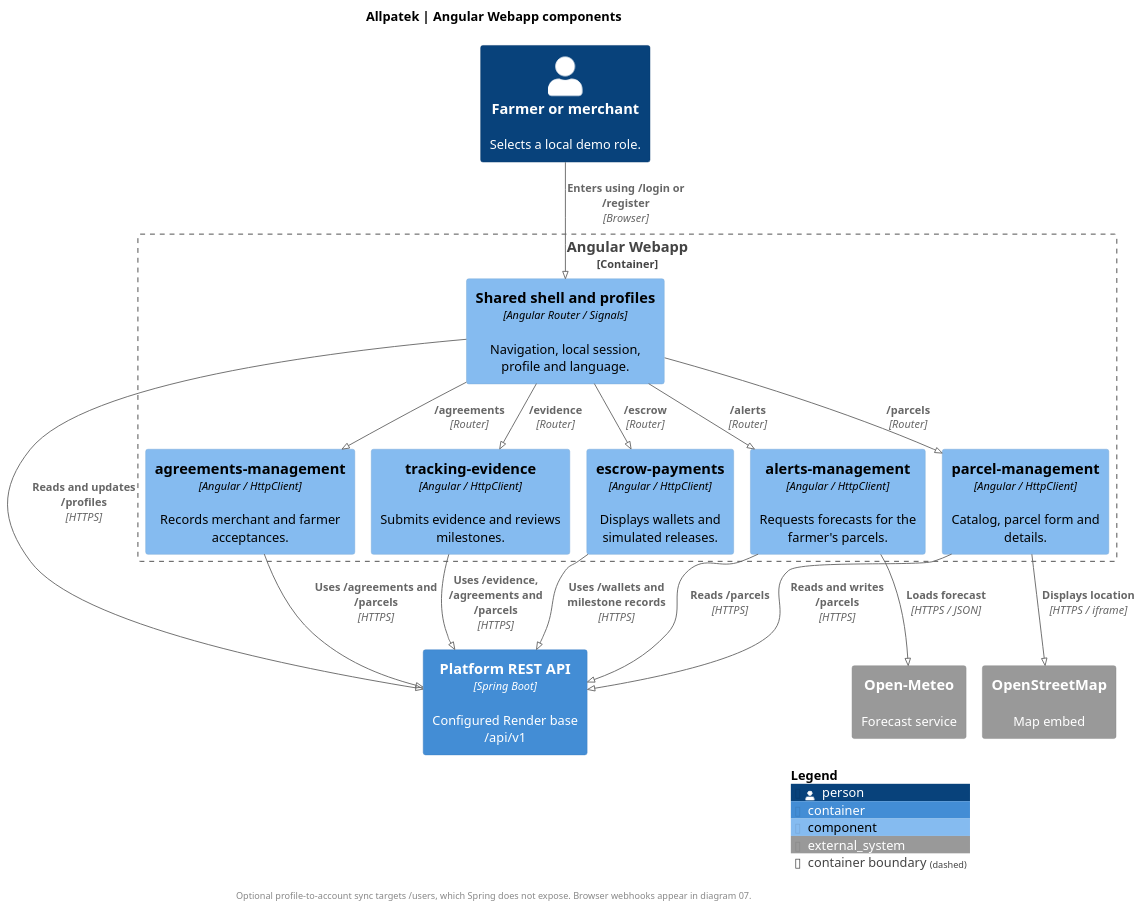
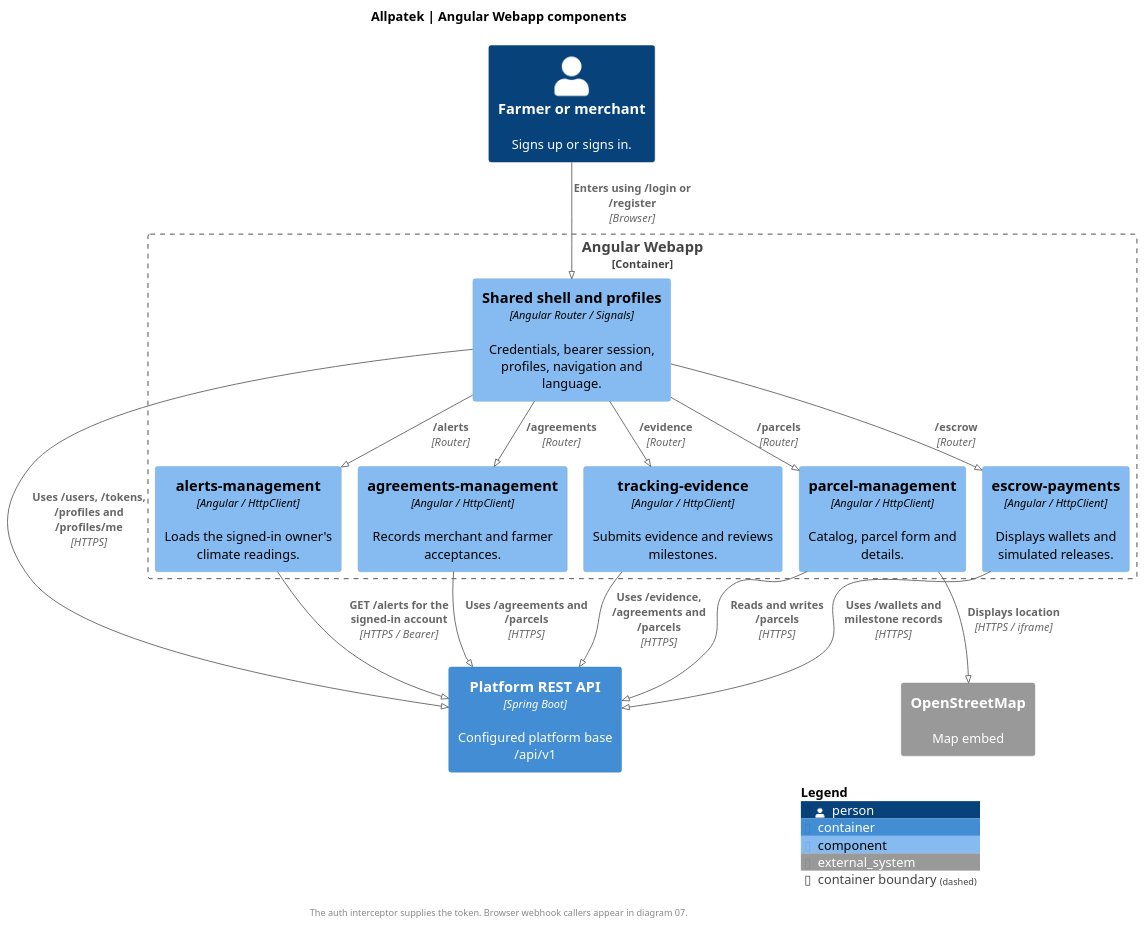
The diagram in assets/chapter-04/architecture/05-web-components.puml (upc-pre-202620-1asi0729-7753-Terranova/allpatek-report), drawn with PlantUML before and after one commit. The commit also changed 3 other files, not shown here.

Commit message:
docs(c4): align Angular modules with authenticated REST services

```diff
--- a/assets/chapter-04/architecture/05-web-components.puml
+++ b/assets/chapter-04/architecture/05-web-components.puml
@@ -1,40 +1,40 @@
 @startuml
 !pragma layout smetana
 !include <C4/C4_Component>
 skinparam backgroundColor white
 skinparam defaultFontName SansSerif
 skinparam shadowing false
 skinparam dpi 125
 title Allpatek | Angular Webapp components
 LAYOUT_TOP_DOWN()
 
-Person(user, "Farmer or merchant", "Selects a local demo role.")
+Person(user, "Farmer or merchant", "Signs up or signs in.")
 Container_Boundary(web, "Angular Webapp") {
-  Component(shared, "Shared shell and profiles", "Angular Router / Signals", "Navigation, local session, profile and language.")
+  Component(shared, "Shared shell and profiles", "Angular Router / Signals", "Credentials, bearer session, profiles, navigation and language.")
   Component(parcels, "parcel-management", "Angular / HttpClient", "Catalog, parcel form and details.")
   Component(agreements, "agreements-management", "Angular / HttpClient", "Records merchant and farmer acceptances.")
   Component(evidence, "tracking-evidence", "Angular / HttpClient", "Submits evidence and reviews milestones.")
   Component(escrow, "escrow-payments", "Angular / HttpClient", "Displays wallets and simulated releases.")
-  Component(alerts, "alerts-management", "Angular / HttpClient", "Requests forecasts for the farmer's parcels.")
+  Component(alerts, "alerts-management", "Angular / HttpClient", "Loads the signed-in owner's climate readings.")
 }
-Container(api, "Platform REST API", "Spring Boot", "Configured Render base /api/v1")
-System_Ext(weather, "Open-Meteo", "Forecast service")
+Container(api, "Platform REST API", "Spring Boot", "Configured platform base /api/v1")
+
 System_Ext(maps, "OpenStreetMap", "Map embed")
 
 Rel(user, shared, "Enters using /login or /register", "Browser")
 Rel(shared, parcels, "/parcels", "Router")
 Rel(shared, agreements, "/agreements", "Router")
 Rel(shared, evidence, "/evidence", "Router")
 Rel(shared, escrow, "/escrow", "Router")
 Rel(shared, alerts, "/alerts", "Router")
-Rel(shared, api, "Reads and updates /profiles", "HTTPS")
+Rel(shared, api, "Uses /users, /tokens, /profiles and /profiles/me", "HTTPS")
 Rel(parcels, api, "Reads and writes /parcels", "HTTPS")
 Rel(agreements, api, "Uses /agreements and /parcels", "HTTPS")
 Rel(evidence, api, "Uses /evidence, /agreements and /parcels", "HTTPS")
 Rel(escrow, api, "Uses /wallets and milestone records", "HTTPS")
-Rel(alerts, api, "Reads /parcels", "HTTPS")
-Rel(alerts, weather, "Loads forecast", "HTTPS / JSON")
+Rel(alerts, api, "GET /alerts for the signed-in account", "HTTPS / Bearer")
+
 Rel(parcels, maps, "Displays location", "HTTPS / iframe")
-footer Optional profile-to-account sync targets /users, which Spring does not expose. Browser webhooks appear in diagram 07.
+footer The auth interceptor supplies the token. Browser webhook callers appear in diagram 07.
 SHOW_LEGEND()
 @enduml
```
